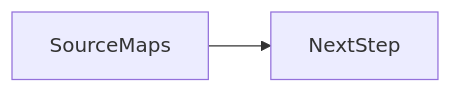
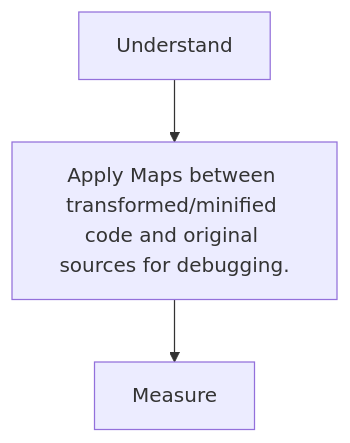
The second of 2 diagrams in docs/en/14-build-tools/source-maps/index.md (OmidJavaherii/Frontend-Engineering-Handbook), drawn with Mermaid before and after one commit. The commit also changed other lines of this file and 461 other files, not shown here.

````diff
--- a/docs/en/14-build-tools/source-maps/index.md
+++ b/docs/en/14-build-tools/source-maps/index.md
@@ -95,4 +106,5 @@
 ```mermaid
-flowchart LR
-  concept[SourceMaps] --> nextStep[NextStep]
+flowchart TD
+  A[Understand] --> B[Apply Maps between transformed/minified code and original sources for debugging.]
+  B --> C[Measure]
 ```
````
